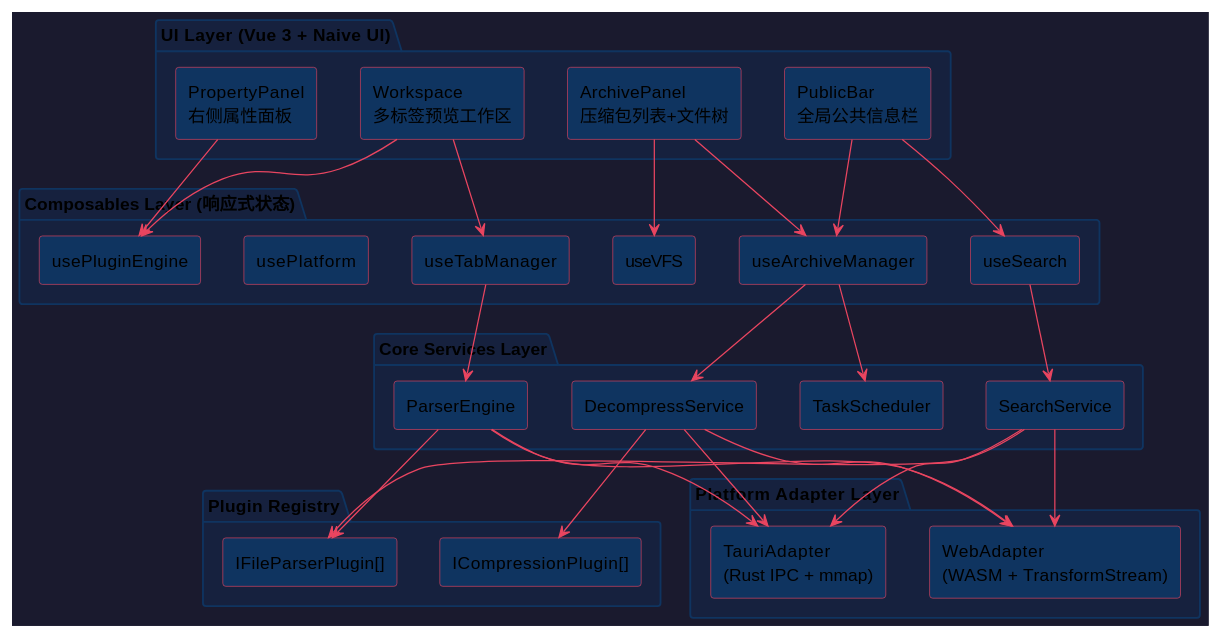
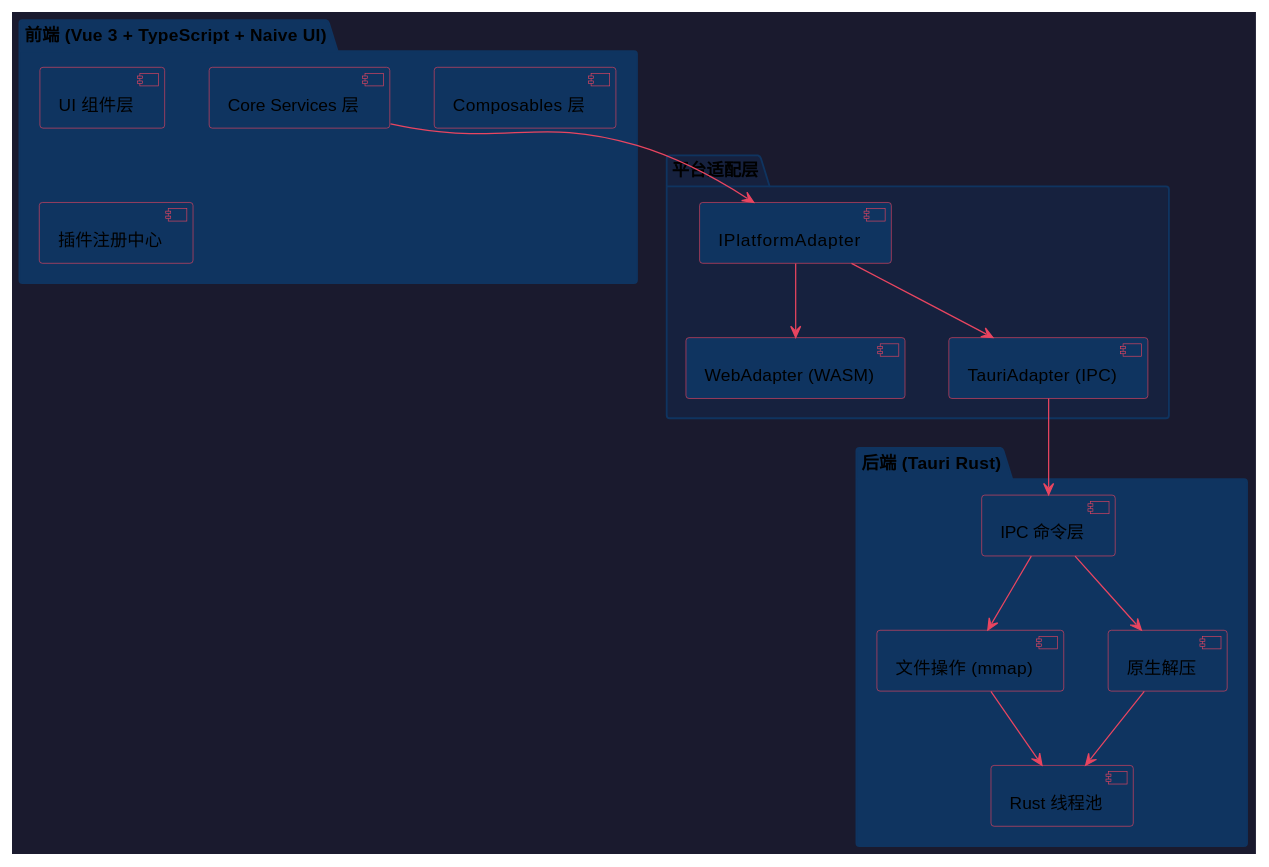
The first of 20 diagrams in docs/superpowers/specs/2026-06-26-system-architecture-design.md (taoweidong/Hello-Tauri), drawn with PlantUML before and after one commit. The commit also changed other lines of this file, not shown here.

Commit message:
docs: restructure into frontend/backend design, add page layout and component mapping

````diff
--- a/docs/superpowers/specs/2026-06-26-system-architecture-design.md
+++ b/docs/superpowers/specs/2026-06-26-system-architecture-design.md
@@ -7,69 +5,40 @@
 ```plantuml
 @startuml
 skinparam backgroundColor #1a1a2e
-skinparam componentStyle rectangle
 skinparam defaultTextColor #e0e0e0
 skinparam packageBackgroundColor #16213e
 skinparam packageBorderColor #0f3460
 skinparam componentBackgroundColor #0f3460
 skinparam componentBorderColor #e94560
 skinparam arrowColor #e94560
 
-package "UI Layer (Vue 3 + Naive UI)" {
-  component "PublicBar\n全局公共信息栏" as UI1
-  component "ArchivePanel\n压缩包列表+文件树" as UI2
-  component "Workspace\n多标签预览工作区" as UI3
-  component "PropertyPanel\n右侧属性面板" as UI4
+package "前端 (Vue 3 + TypeScript + Naive UI)" #0f3460 {
+  component "UI 组件层" as FE_UI
+  component "Composables 层" as FE_COMP
+  component "Core Services 层" as FE_CORE
+  component "插件注册中心" as FE_PLUGIN
 }
 
-package "Composables Layer (响应式状态)" {
-  component "useArchiveManager" as C1
-  component "useTabManager" as C2
-  component "usePluginEngine" as C3
-  component "useSearch" as C4
-  component "usePlatform" as C5
-  component "useVFS" as C6
+package "平台适配层" #16213e {
+  component "IPlatformAdapter" as ADAPTER
+  component "WebAdapter (WASM)" as WEB
+  component "TauriAdapter (IPC)" as TAURI_A
+  ADAPTER --> WEB
+  ADAPTER --> TAURI_A
 }
 
-package "Core Services Layer" {
-  component "DecompressService" as S1
-  component "ParserEngine" as S2
-  component "SearchService" as S3
-  component "TaskScheduler" as S4
+package "后端 (Tauri Rust)" #0f3460 {
+  component "IPC 命令层" as BE_CMD
+  component "文件操作 (mmap)" as BE_FILE
+  component "原生解压" as BE_DEC
+  component "Rust 线程池" as BE_THREAD
 }
 
-package "Plugin Registry" {
-  component "ICompressionPlugin[]" as P1
-  component "IFileParserPlugin[]" as P2
-}
-
-package "Platform Adapter Layer" {
-  component "WebAdapter\n(WASM + TransformStream)" as A1
-  component "TauriAdapter\n(Rust IPC + mmap)" as A2
-}
-
-UI1 --> C1
-UI1 --> C4
-UI2 --> C1
-UI2 --> C6
-UI3 --> C2
-UI3 --> C3
-UI4 --> C3
-
-C1 --> S1
-C1 --> S4
-C2 --> S2
-C4 --> S3
-
-S1 --> P1
-S2 --> P2
-S3 --> P2
-
-S1 --> A1
-S1 --> A2
-S2 --> A1
-S2 --> A2
-S3 --> A1
-S3 --> A2
+FE_CORE --> ADAPTER
+TAURI_A --> BE_CMD
+BE_CMD --> BE_FILE
+BE_CMD --> BE_DEC
+BE_FILE --> BE_THREAD
+BE_DEC --> BE_THREAD
 @enduml
 ```
````
